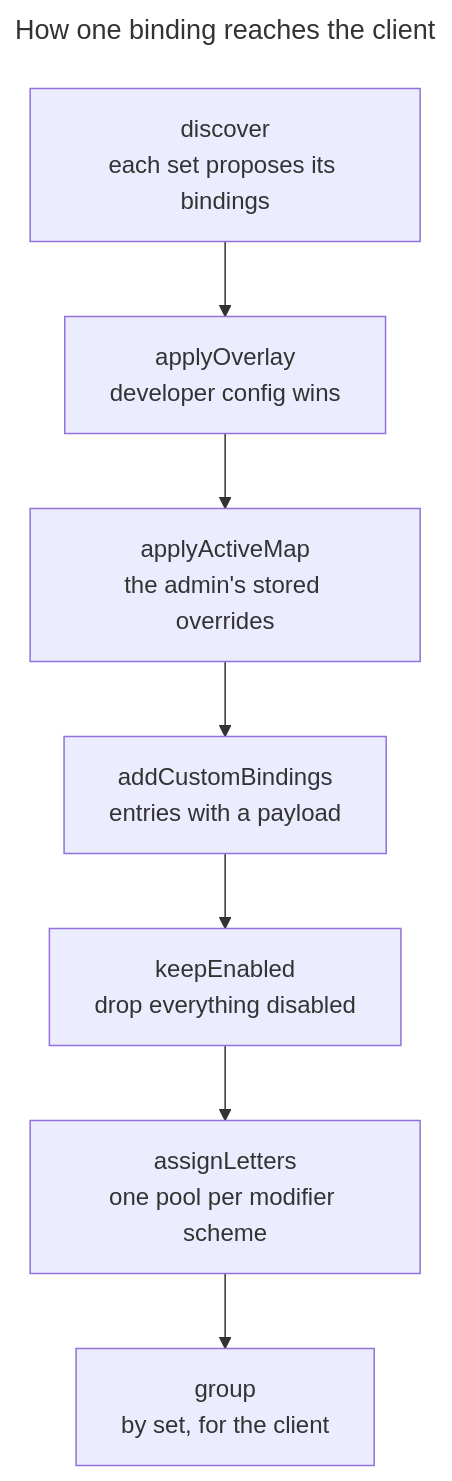
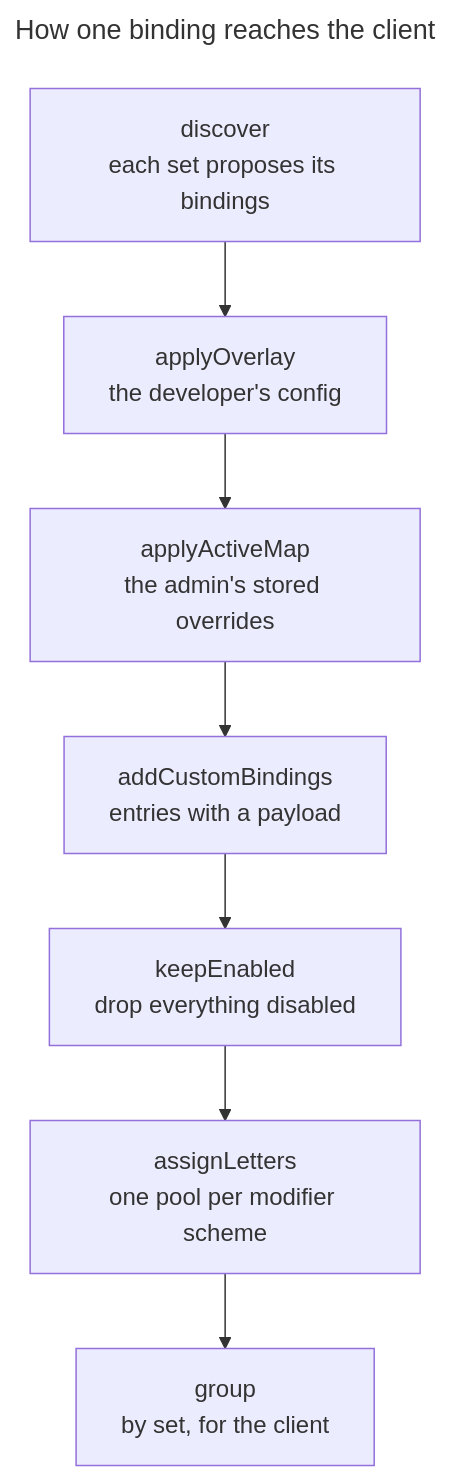
Before and after one commit to aristonis/filament-shortcut-keys: the diagram in docs/resolution.md, drawn with Mermaid. The commit also changed other lines of this file and 11 other files, not shown here.

````diff
--- a/docs/resolution.md
+++ b/docs/resolution.md
@@ -10,12 +10,12 @@
 ```mermaid
 ---
 title: How one binding reaches the client
 ---
 flowchart TD
-    A["discover<br/>each set proposes its bindings"] --> B["applyOverlay<br/>developer config wins"]
+    A["discover<br/>each set proposes its bindings"] --> B["applyOverlay<br/>the developer's config"]
     B --> C["applyActiveMap<br/>the admin's stored overrides"]
     C --> D["addCustomBindings<br/>entries with a payload"]
     D --> E["keepEnabled<br/>drop everything disabled"]
     E --> F["assignLetters<br/>one pool per modifier scheme"]
     F --> G["group<br/>by set, for the client"]
 ```
````
